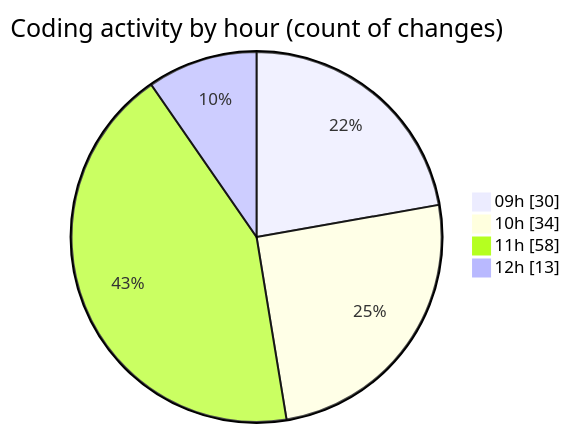
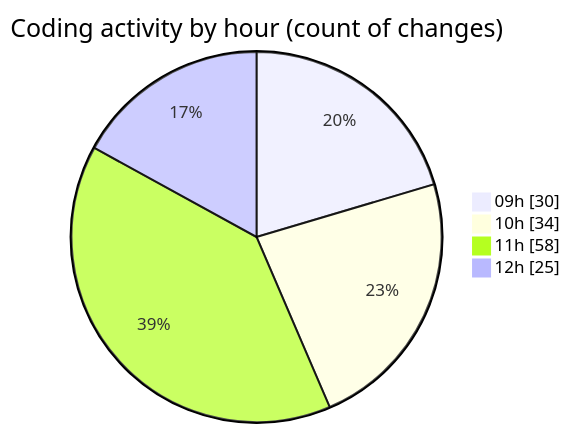
One commit to momahboobian/code-tracking changed the second of 2 diagrams in 2025-04-02/cda/README.md. Above: the diagram before and after it, drawn with Mermaid. The commit also changed other lines of this file and 1 other file, not shown here.

````diff
--- a/2025-04-02/cda/README.md
+++ b/2025-04-02/cda/README.md
@@ -36,8 +36,8 @@
 ```mermaid
 pie showData
 title Coding activity by hour (count of changes)
 "09h" : 30
 "10h" : 34
 "11h" : 58
-"12h" : 13
+"12h" : 25
 ```
````
